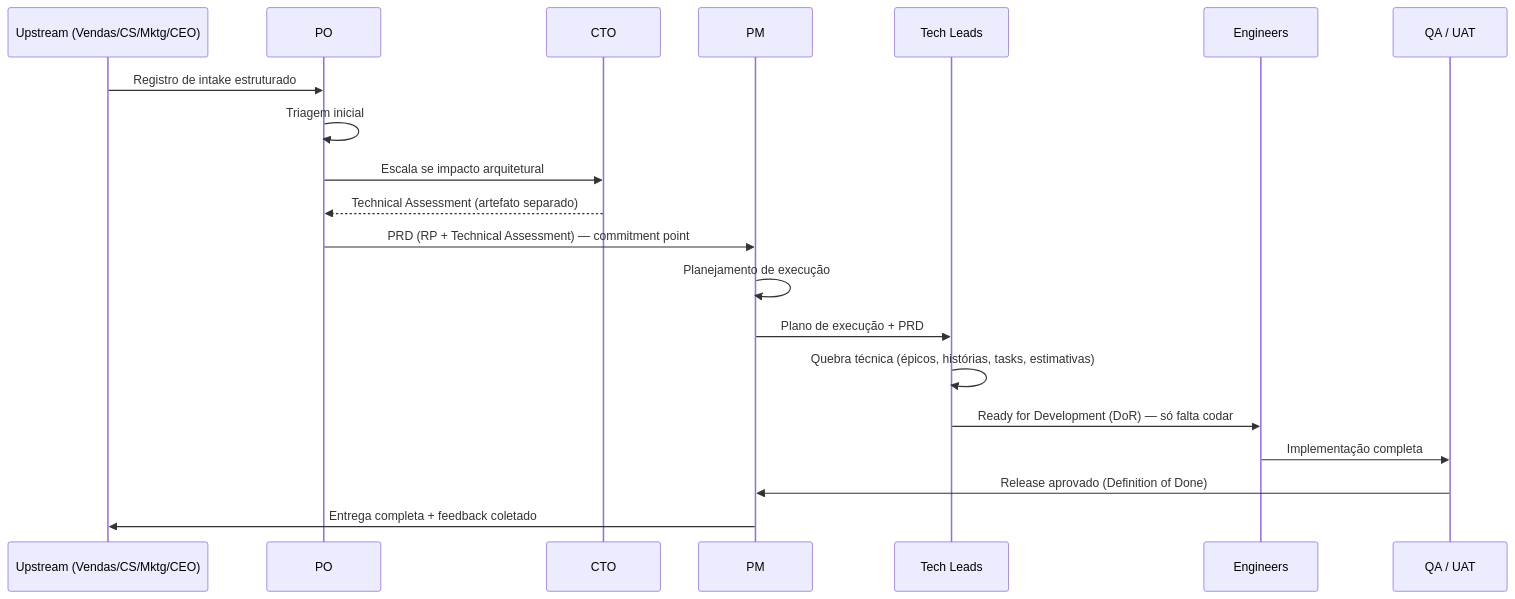
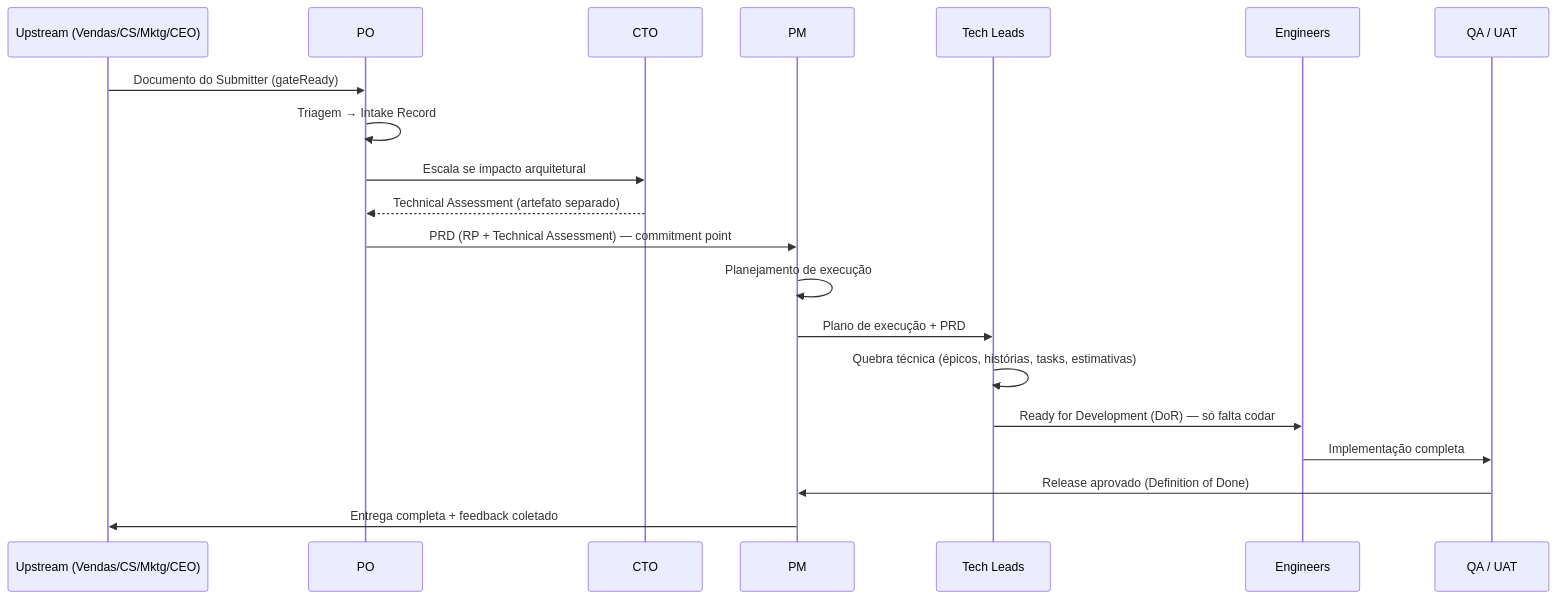
The second of 2 diagrams in 02-happy-path.md (hugo-hsbtech/teamwork-process), drawn with Mermaid before and after one commit. The commit also changed other lines of this file and 46 other files, not shown here.

````diff
--- a/02-happy-path.md
+++ b/02-happy-path.md
@@ -291,23 +299,23 @@
 ```mermaid
 sequenceDiagram
     participant UP as Upstream (Vendas/CS/Mktg/CEO)
     participant PO as PO
     participant CTO as CTO
     participant PM as PM
     participant TL as Tech Leads
     participant ENG as Engineers
     participant QA as QA / UAT
 
-    UP->>PO: Registro de intake estruturado
-    PO->>PO: Triagem inicial
+    UP->>PO: Documento do Submitter (gateReady)
+    PO->>PO: Triagem → Intake Record
     PO->>CTO: Escala se impacto arquitetural
     CTO-->>PO: Technical Assessment (artefato separado)
     PO->>PM: PRD (RP + Technical Assessment) — commitment point
     PM->>PM: Planejamento de execução
     PM->>TL: Plano de execução + PRD
     TL->>TL: Quebra técnica (épicos, histórias, tasks, estimativas)
     TL->>ENG: Ready for Development (DoR) — só falta codar
     ENG->>QA: Implementação completa
     QA->>PM: Release aprovado (Definition of Done)
     PM->>UP: Entrega completa + feedback coletado
 ```
````
